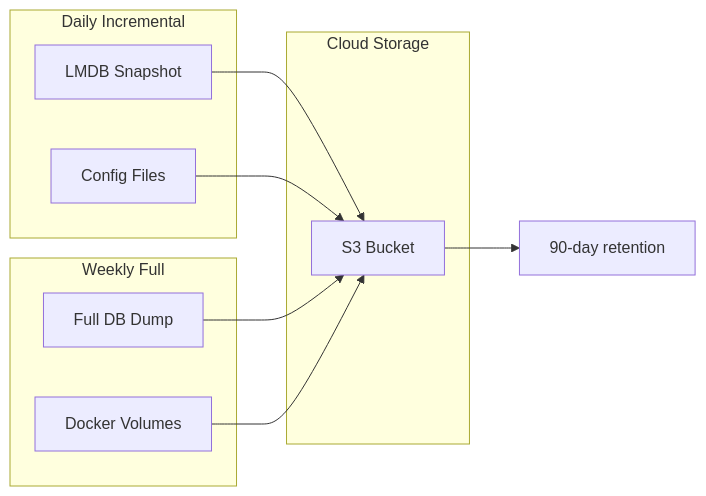
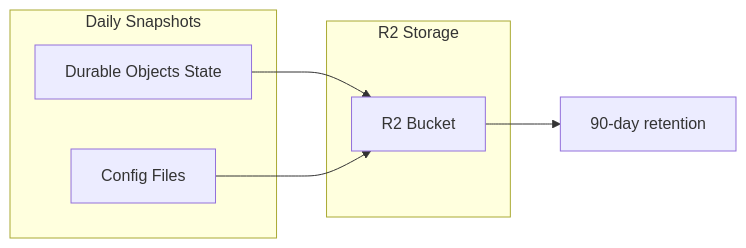
One commit to jjohare/minimoonoir changed the fifth of 8 diagrams in docs/sparc/05-completion.md. Above: the diagram before and after it, drawn with Mermaid. The commit also changed other lines of this file and 27 other files, not shown here.

First line of the commit message:
chore: deprecate Docker architecture, update docs for serverless

````diff
--- a/docs/sparc/05-completion.md
+++ b/docs/sparc/05-completion.md
@@ -327,23 +404,16 @@
 ```mermaid
 flowchart LR
-    subgraph Daily["Daily Incremental"]
-        D1[LMDB Snapshot]
+    subgraph Daily["Daily Snapshots"]
+        D1[Durable Objects State]
         D2[Config Files]
     end
 
-    subgraph Weekly["Weekly Full"]
-        W1[Full DB Dump]
-        W2[Docker Volumes]
+    subgraph Storage["R2 Storage"]
+        R2[R2 Bucket]
     end
 
-    subgraph Storage["Cloud Storage"]
-        S3[S3 Bucket]
-    end
+    D1 --> R2
+    D2 --> R2
 
-    D1 --> S3
-    D2 --> S3
-    W1 --> S3
-    W2 --> S3
-
-    S3 --> Retain[90-day retention]
+    R2 --> Retain[90-day retention]
 ```
````
